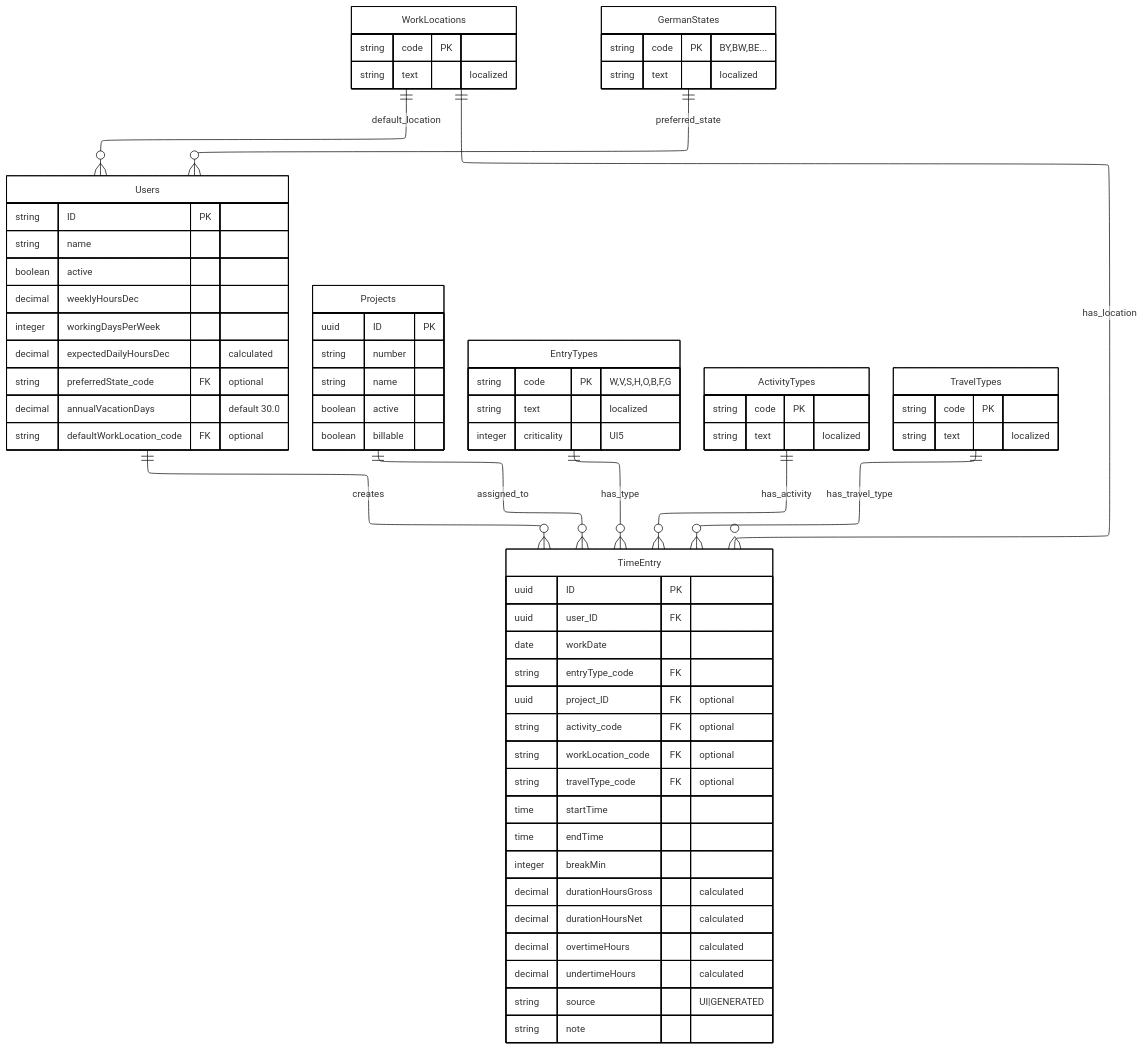
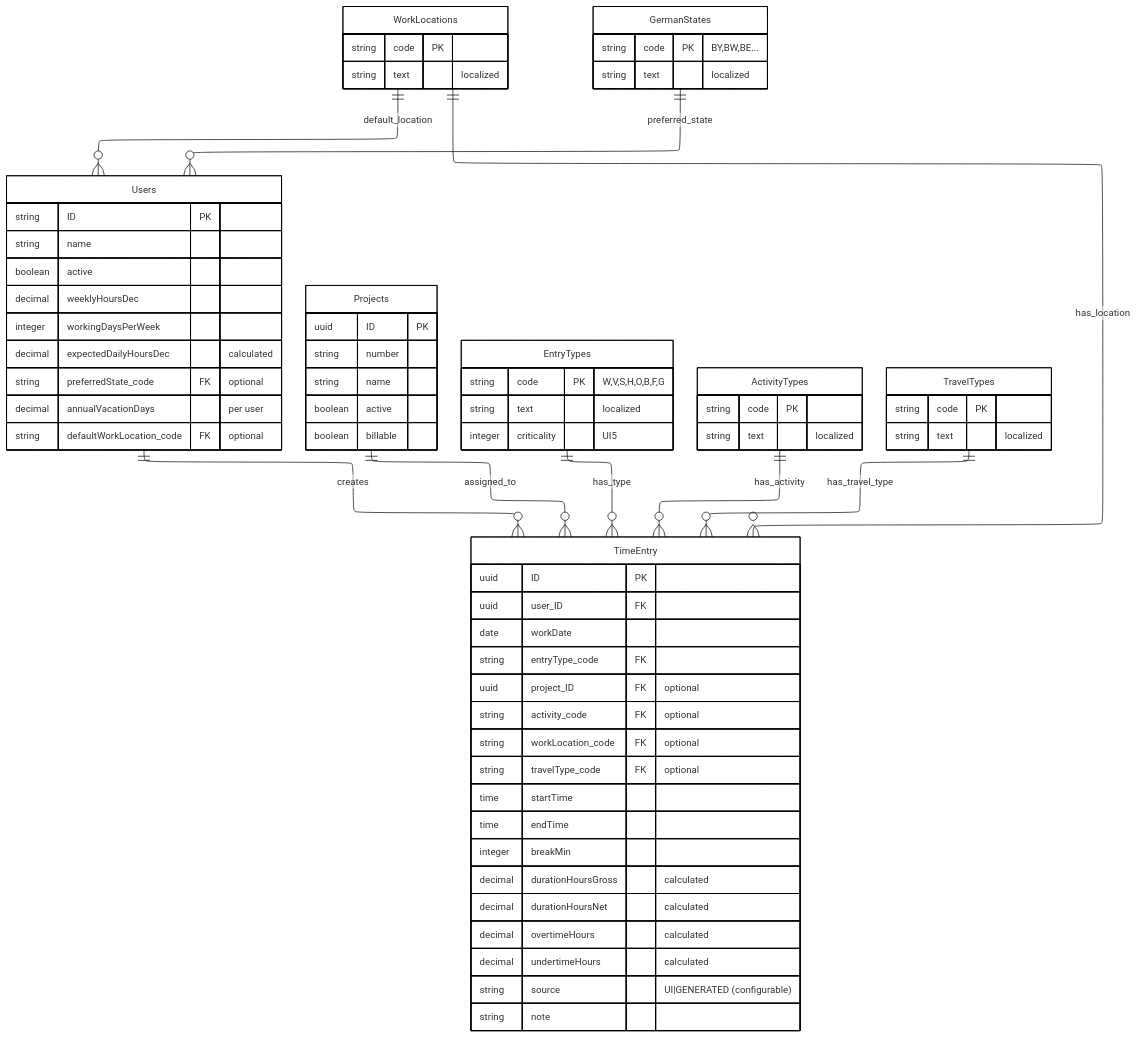
The fifth of 7 diagrams in docs/ARCHITECTURE.md (nimble-123/cap-fiori-timetracking), drawn with Mermaid before and after one commit. The commit also changed other lines of this file and 35 other files, not shown here.

```diff
--- a/docs/ARCHITECTURE.md
+++ b/docs/ARCHITECTURE.md
@@ -584,7 +584,7 @@
         integer workingDaysPerWeek
         decimal expectedDailyHoursDec "calculated"
         string preferredState_code FK "optional"
-        decimal annualVacationDays "default 30.0"
+        decimal annualVacationDays "per user"
         string defaultWorkLocation_code FK "optional"
     }
 
@@ -604,7 +604,7 @@
         decimal durationHoursNet "calculated"
         decimal overtimeHours "calculated"
         decimal undertimeHours "calculated"
-        string source "UI|GENERATED"
+        string source "UI|GENERATED (configurable)"
         string note
     }
 
```
